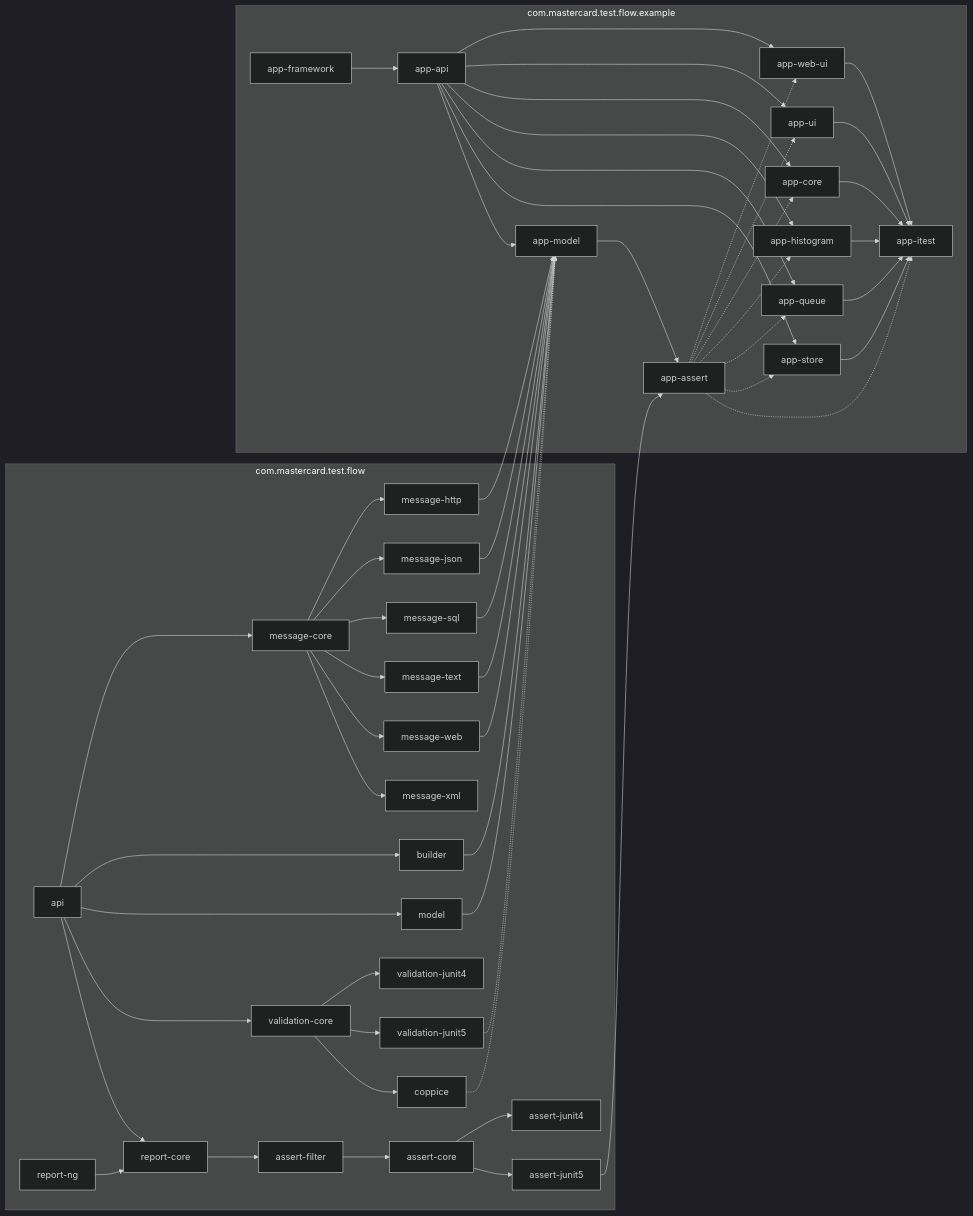
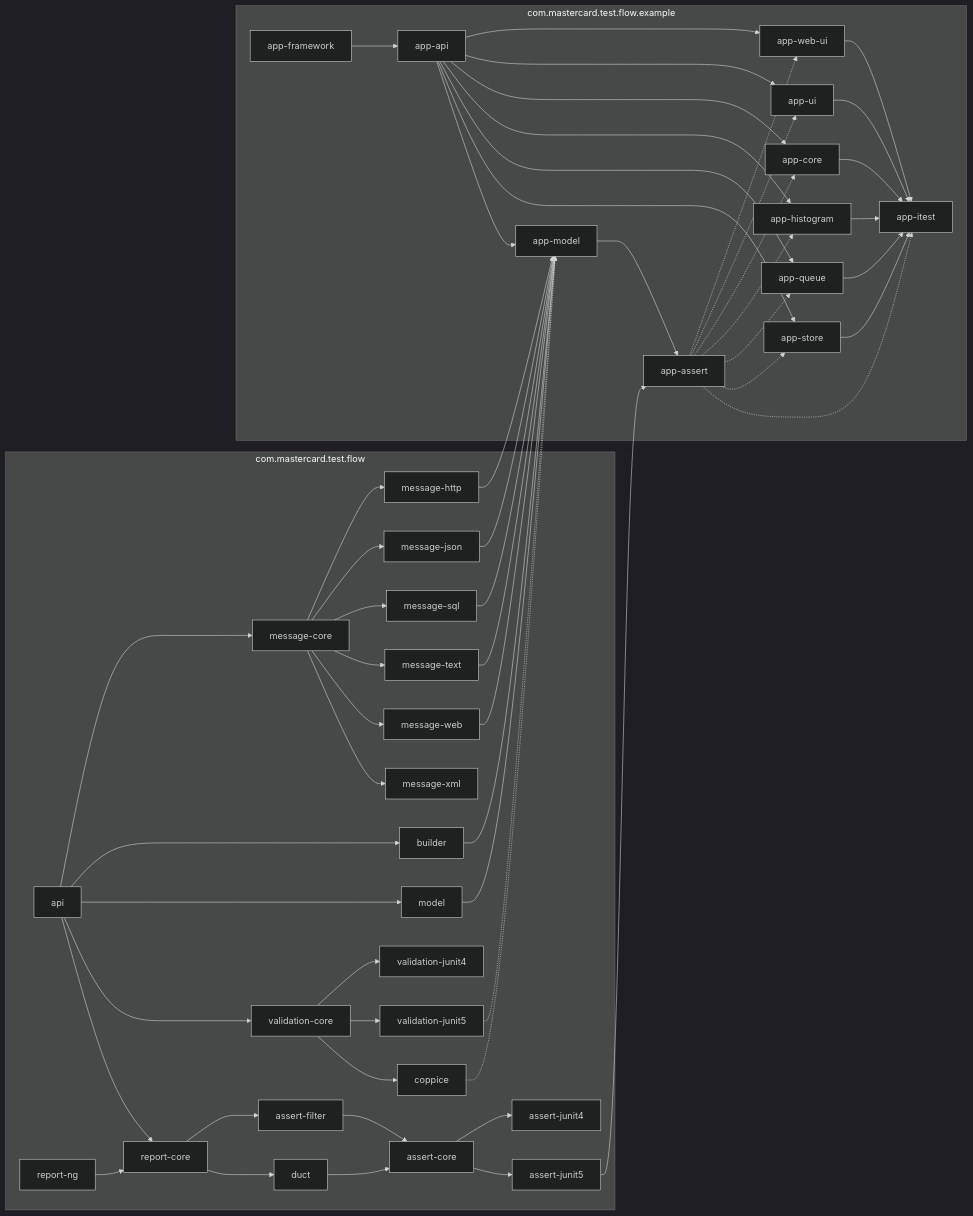
One commit to Mastercard/flow changed the second of 2 diagrams in example/README.md. Above: the diagram before and after it, drawn with Mermaid (dark theme). The commit also changed 9 other files, not shown here.

````diff
--- a/example/README.md
+++ b/example/README.md
@@ -69,58 +69,60 @@
 ```mermaid
 graph LR
   subgraph com.mastercard.test.flow
     api --> message-core
     api --> builder
     api --> model
     api --> validation-core
     api --> report-core
     assert-core --> assert-junit4
     assert-core --> assert-junit5
     assert-filter --> assert-core
+    duct --> assert-core
     message-core --> message-http
     message-core --> message-json
     message-core --> message-sql
     message-core --> message-text
     message-core --> message-web
     message-core --> message-xml
     report-core --> assert-filter
+    report-core --> duct
     report-ng --> report-core
     validation-core --> validation-junit4
     validation-core --> validation-junit5
     validation-core --> coppice
   end
   subgraph com.mastercard.test.flow.example
     app-api --> app-web-ui
     app-api --> app-ui
     app-api --> app-core
     app-api --> app-histogram
     app-api --> app-queue
     app-api --> app-store
     app-api --> app-model
     app-assert -.-> app-web-ui
     app-assert -.-> app-ui
     app-assert -.-> app-core
     app-assert -.-> app-histogram
     app-assert -.-> app-queue
     app-assert -.-> app-store
     app-assert -.-> app-itest
     app-core --> app-itest
     app-framework --> app-api
     app-histogram --> app-itest
     app-model --> app-assert
     app-queue --> app-itest
     app-store --> app-itest
     app-ui --> app-itest
     app-web-ui --> app-itest
   end
   assert-junit5 --> app-assert
   builder --> app-model
   coppice -.-> app-model
   message-http --> app-model
   message-json --> app-model
   message-sql --> app-model
   message-text --> app-model
   message-web --> app-model
   model --> app-model
   validation-junit5 -.-> app-model
 ```
````
